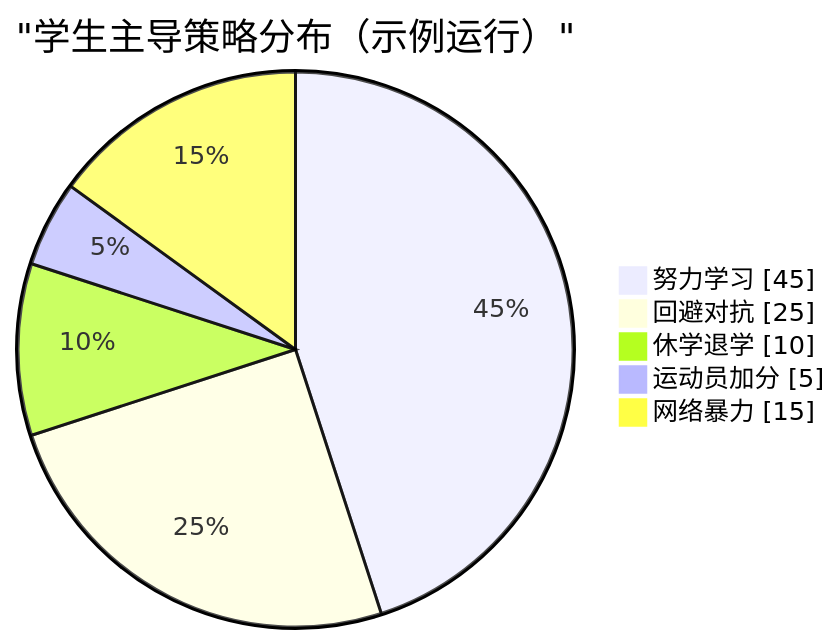
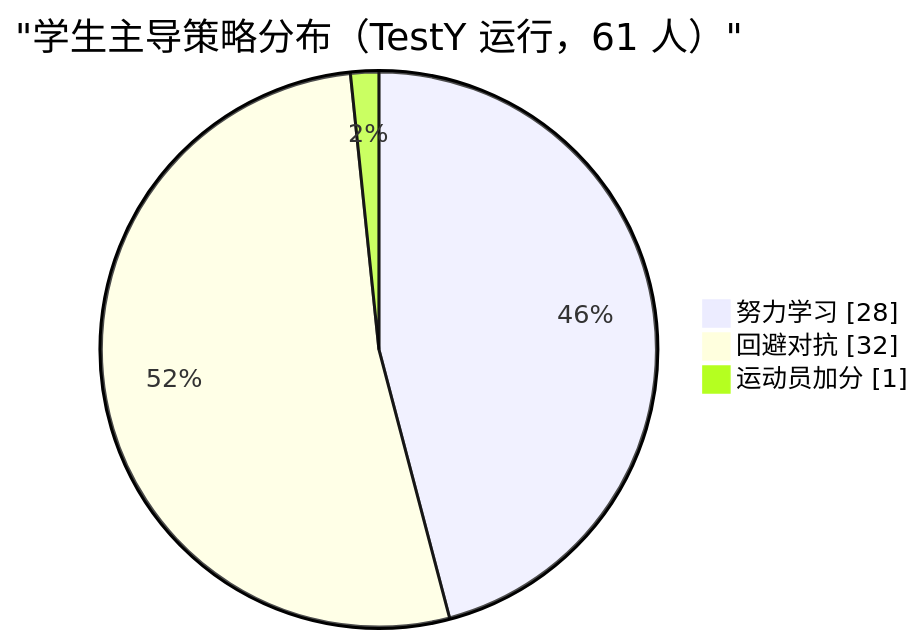
The sixth of 6 diagrams in function/local/n/china/shantou/readme.zh.md (zeusro/system), drawn with Mermaid before and after one commit. The commit also changed other lines of this file and 1 other file, not shown here.

````diff
--- a/function/local/n/china/shantou/readme.zh.md
+++ b/function/local/n/china/shantou/readme.zh.md
@@ -267,9 +271,7 @@
 ```mermaid
 pie showData
-    title "学生主导策略分布（示例运行）"
-    "努力学习" : 45
-    "回避对抗" : 25
-    "休学退学" : 10
-    "运动员加分" : 5
-    "网络暴力" : 15
+    title "学生主导策略分布（TestY 运行，61 人）"
+    "努力学习" : 28
+    "回避对抗" : 32
+    "运动员加分" : 1
 ```
````
